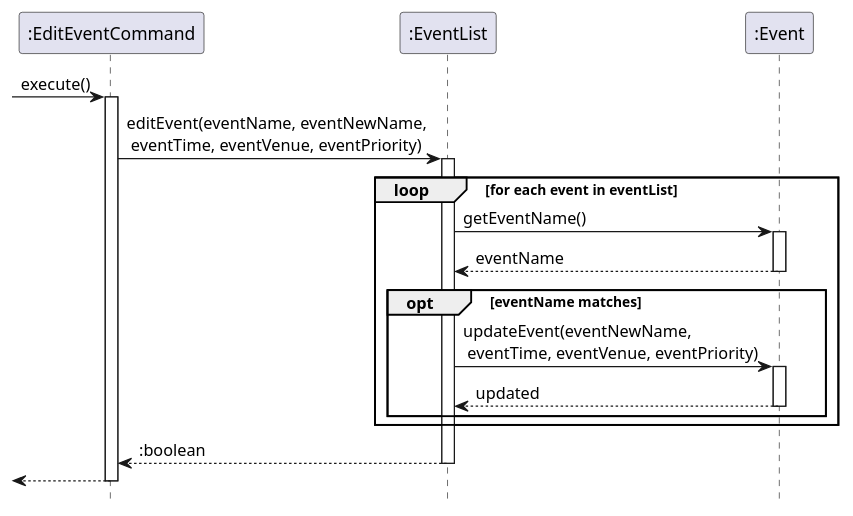
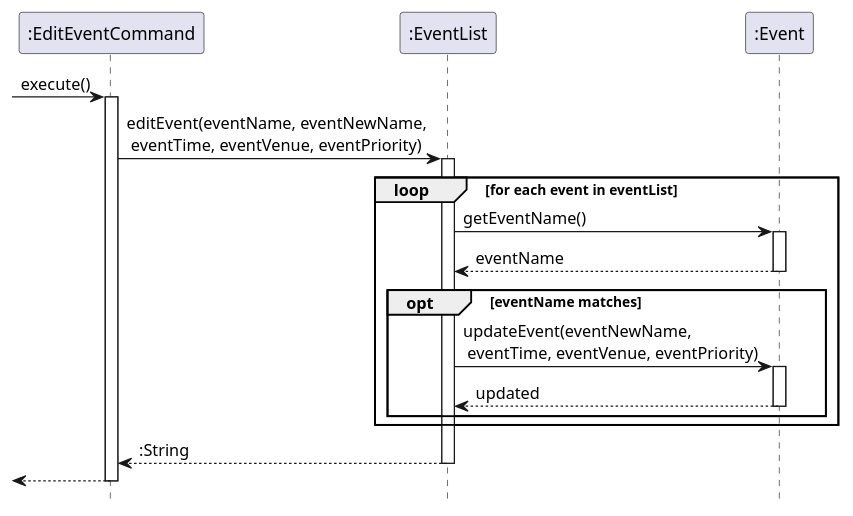
Before and after one commit to nus-cs2113-AY2425S1/tp: the diagram in docs/diagrams/EditEventCommandSequenceDiagram.puml, drawn with PlantUML. The commit also changed 12 other files, not shown here.

```diff
--- a/docs/diagrams/EditEventCommandSequenceDiagram.puml
+++ b/docs/diagrams/EditEventCommandSequenceDiagram.puml
@@ -1,33 +1,33 @@
 @startuml
 hide footbox
 
 participant ":EditEventCommand" as editCommand
 participant ":EventList" as eventList
 participant ":Event" as event
 
 [-> editCommand : execute()
 activate editCommand
 
 editCommand -> eventList : editEvent(eventName, eventNewName,\n eventTime, eventVenue, eventPriority)
 activate eventList
 
 loop for each event in eventList
     eventList -> event : getEventName()
     activate event
     event --> eventList : eventName
     deactivate event
 
     opt eventName matches
         eventList -> event : updateEvent(eventNewName,\n eventTime, eventVenue, eventPriority)
         activate event
         event --> eventList : updated
         deactivate event
     end
 
 end
 
-return :boolean
+return :String
 
 return
 
 @enduml
```
